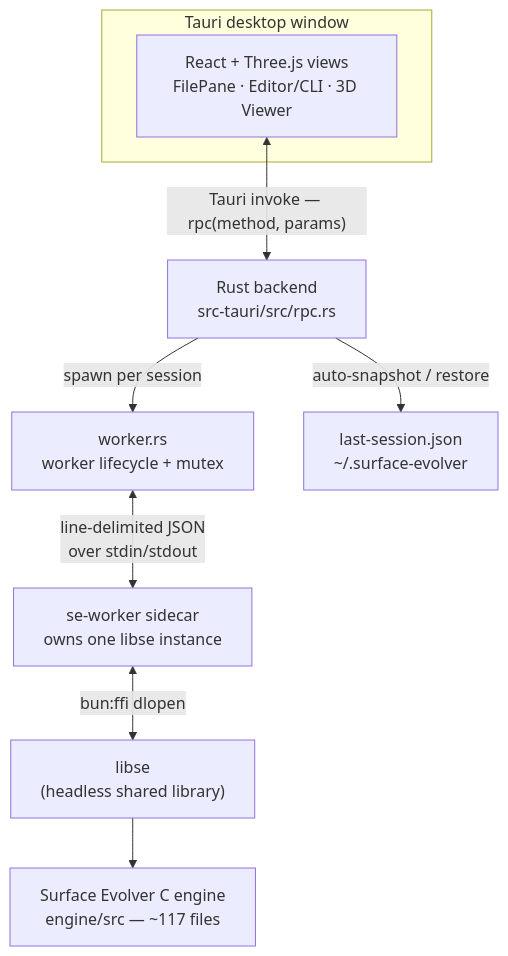
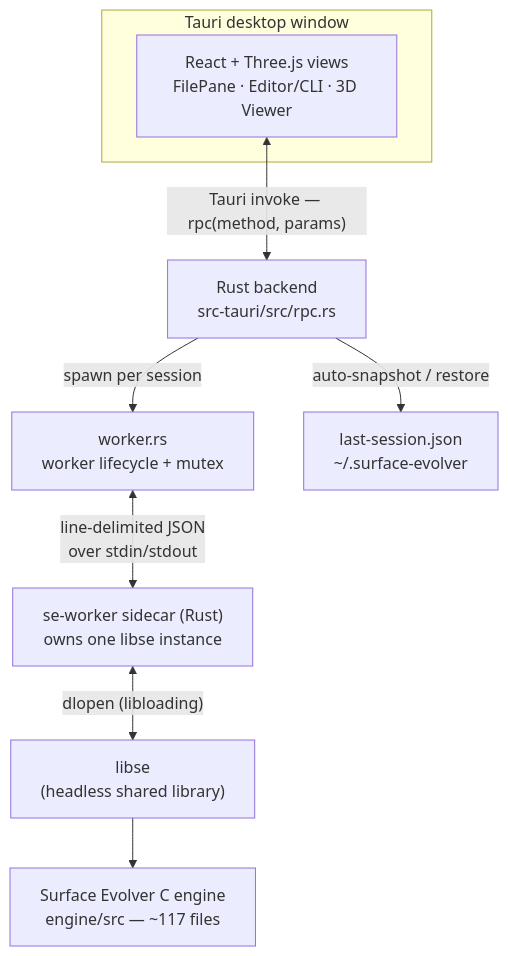
The first of 2 diagrams in README.md (sersergious/surface-evolver), drawn with Mermaid before and after one commit. The commit also changed other lines of this file and 8 other files, not shown here.

````diff
--- a/README.md
+++ b/README.md
@@ -45,12 +45,12 @@
 ```mermaid
 flowchart TD
     subgraph win["Tauri desktop window"]
         UI["React + Three.js views<br/>FilePane · Editor/CLI · 3D Viewer"]
     end
     UI <-->|"Tauri invoke — rpc(method, params)"| Main["Rust backend<br/>src-tauri/src/rpc.rs"]
     Main -->|"spawn per session"| Mgr["worker.rs<br/>worker lifecycle + mutex"]
-    Mgr <-->|"line-delimited JSON<br/>over stdin/stdout"| Worker["se-worker sidecar<br/>owns one libse instance"]
-    Worker <-->|"bun:ffi dlopen"| Lib["libse<br/>(headless shared library)"]
+    Mgr <-->|"line-delimited JSON<br/>over stdin/stdout"| Worker["se-worker sidecar (Rust)<br/>owns one libse instance"]
+    Worker <-->|"dlopen (libloading)"| Lib["libse<br/>(headless shared library)"]
     Lib --> Engine["Surface Evolver C engine<br/>engine/src — ~117 files"]
     Main -->|"auto-snapshot / restore"| Persist["last-session.json<br/>~/.surface-evolver"]
 ```
````
